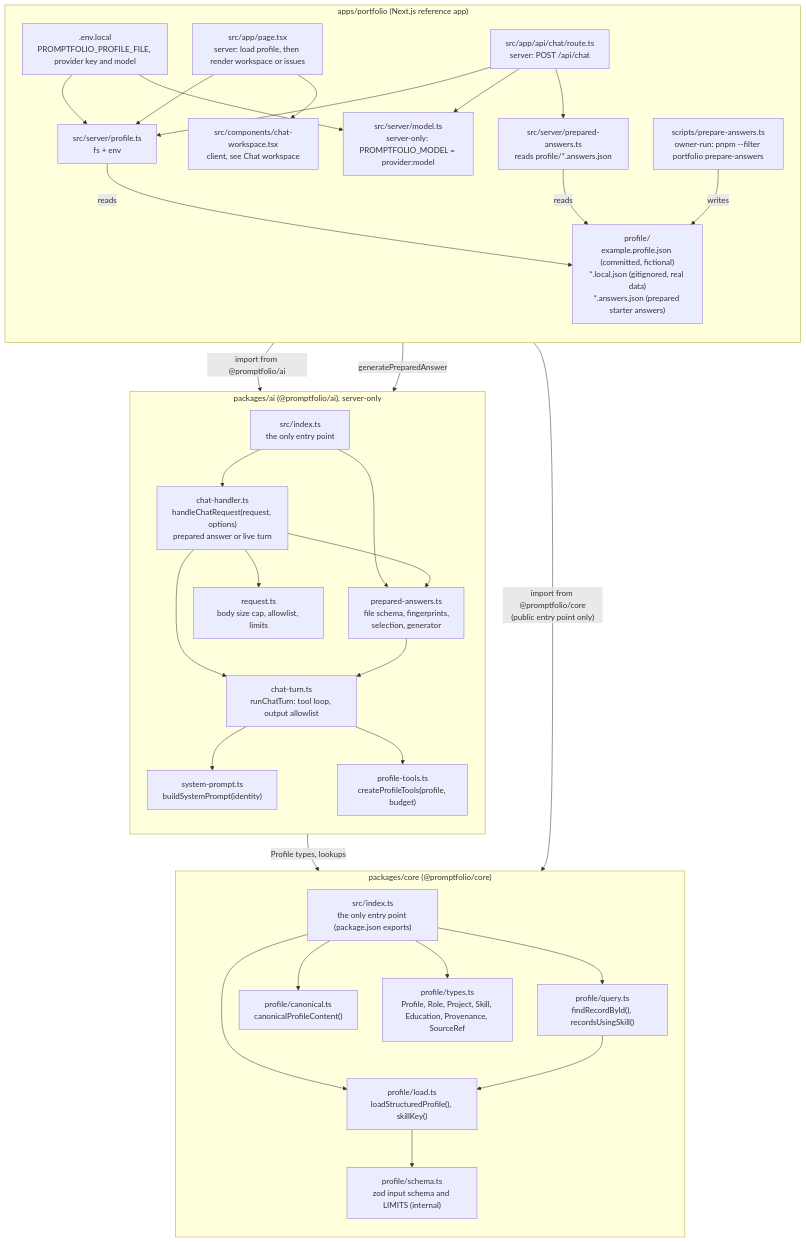
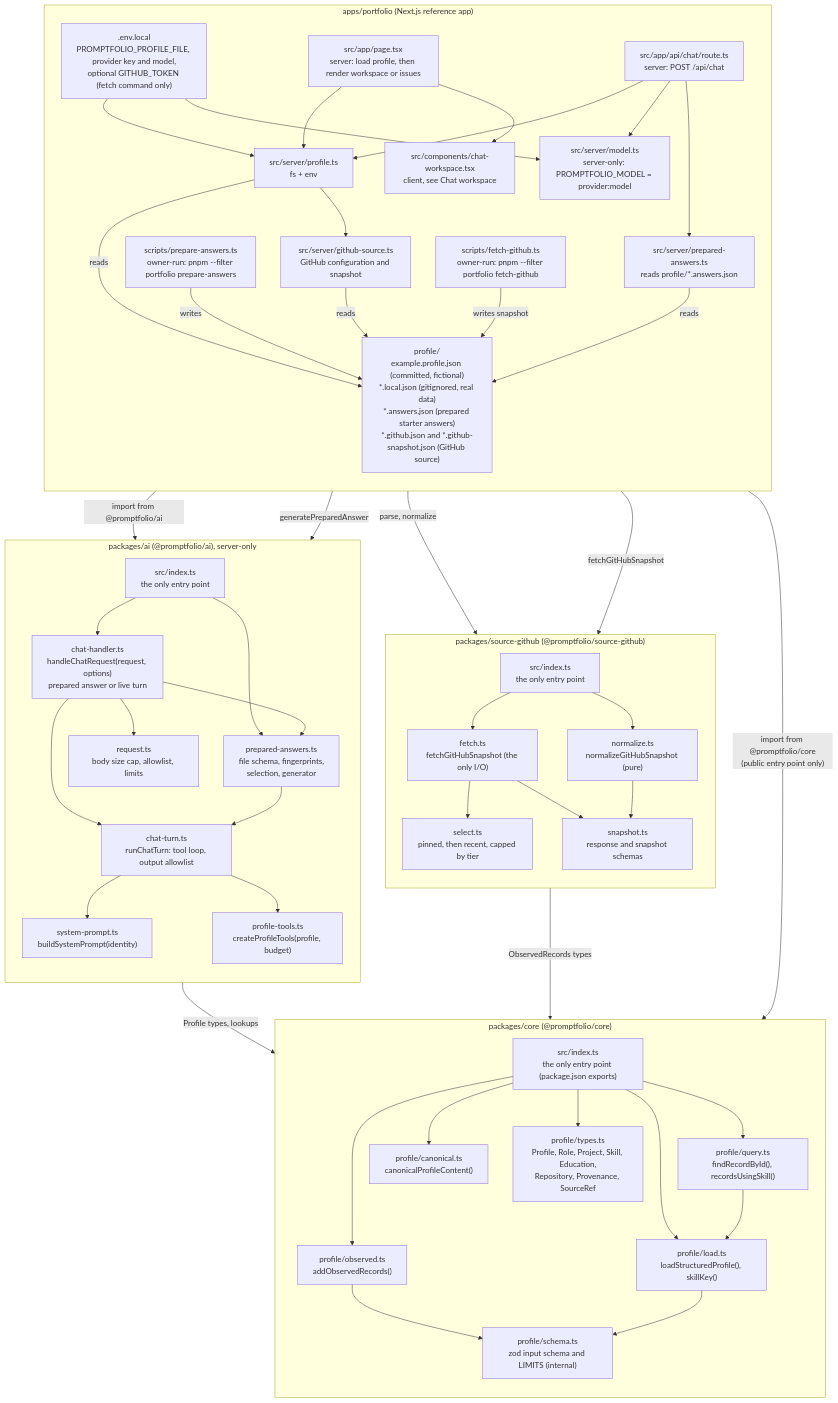
Before and after one commit to promptfolios/promptfolio: the first of 5 diagrams in docs/ARCHITECTURE.md, drawn with Mermaid. The commit also changed other lines of this file and 6 other files, not shown here.

First line of the commit message:
docs: add the M8 plan and ADR 0009 for the GitHub source

````diff
--- a/docs/ARCHITECTURE.md
+++ b/docs/ARCHITECTURE.md
@@ -10,11 +10,13 @@
 flowchart TB
     subgraph app["apps/portfolio (Next.js reference app)"]
         direction TB
-        env[".env.local<br/>PROMPTFOLIO_PROFILE_FILE, provider key and model"]
-        files["profile/<br/>example.profile.json (committed, fictional)<br/>*.local.json (gitignored, real data)<br/>*.answers.json (prepared starter answers)"]
+        env[".env.local<br/>PROMPTFOLIO_PROFILE_FILE, provider key and model,<br/>optional GITHUB_TOKEN (fetch command only)"]
+        files["profile/<br/>example.profile.json (committed, fictional)<br/>*.local.json (gitignored, real data)<br/>*.answers.json (prepared starter answers)<br/>*.github.json and *.github-snapshot.json (GitHub source)"]
         page["src/app/page.tsx<br/>server: load profile, then render workspace or issues"]
         route["src/app/api/chat/route.ts<br/>server: POST /api/chat"]
         serverProfile["src/server/profile.ts<br/>fs + env"]
+        serverGitHub["src/server/github-source.ts<br/>GitHub configuration and snapshot"]
+        fetchScript["scripts/fetch-github.ts<br/>owner-run: pnpm --filter portfolio fetch-github"]
         serverModel["src/server/model.ts<br/>server-only: PROMPTFOLIO_MODEL = provider:model"]
         serverAnswers["src/server/prepared-answers.ts<br/>reads profile/*.answers.json"]
         script["scripts/prepare-answers.ts<br/>owner-run: pnpm --filter portfolio prepare-answers"]
@@ -29,6 +31,23 @@
         env --> serverProfile
         env --> serverModel
         serverProfile -- reads --> files
+        serverProfile --> serverGitHub
+        serverGitHub -- reads --> files
+        fetchScript -- writes snapshot --> files
+    end
+
+    subgraph ghpkg["packages/source-github (@promptfolio/source-github)"]
+        direction TB
+        ghIndex["src/index.ts<br/>the only entry point"]
+        ghFetch["fetch.ts<br/>fetchGitHubSnapshot (the only I/O)"]
+        ghSelect["select.ts<br/>pinned, then recent, capped by tier"]
+        ghSnapshot["snapshot.ts<br/>response and snapshot schemas"]
+        ghNormalize["normalize.ts<br/>normalizeGitHubSnapshot (pure)"]
+        ghIndex --> ghFetch
+        ghIndex --> ghNormalize
+        ghFetch --> ghSelect
+        ghFetch --> ghSnapshot
+        ghNormalize --> ghSnapshot
     end
 
     subgraph aipkg["packages/ai (@promptfolio/ai), server-only"]
@@ -56,12 +75,15 @@
         load["profile/load.ts<br/>loadStructuredProfile(), skillKey()"]
         query["profile/query.ts<br/>findRecordById(), recordsUsingSkill()"]
         canonical["profile/canonical.ts<br/>canonicalProfileContent()"]
+        observed["profile/observed.ts<br/>addObservedRecords()"]
         schema["profile/schema.ts<br/>zod input schema and LIMITS (internal)"]
-        types["profile/types.ts<br/>Profile, Role, Project, Skill, Education, Provenance, SourceRef"]
+        types["profile/types.ts<br/>Profile, Role, Project, Skill, Education,<br/>Repository, Provenance, SourceRef"]
         index --> load
         index --> query
         index --> canonical
+        index --> observed
         index --> types
+        observed --> schema
         load --> schema
         query --> load
     end
@@ -70,4 +92,7 @@
     route -- "import from @promptfolio/ai" --> aiIndex
     script -- "generatePreparedAnswer" --> aiIndex
     aipkg -- "Profile types, lookups" --> index
+    serverGitHub -- "parse, normalize" --> ghIndex
+    fetchScript -- "fetchGitHubSnapshot" --> ghIndex
+    ghpkg -- "ObservedRecords types" --> index
 ```
````
